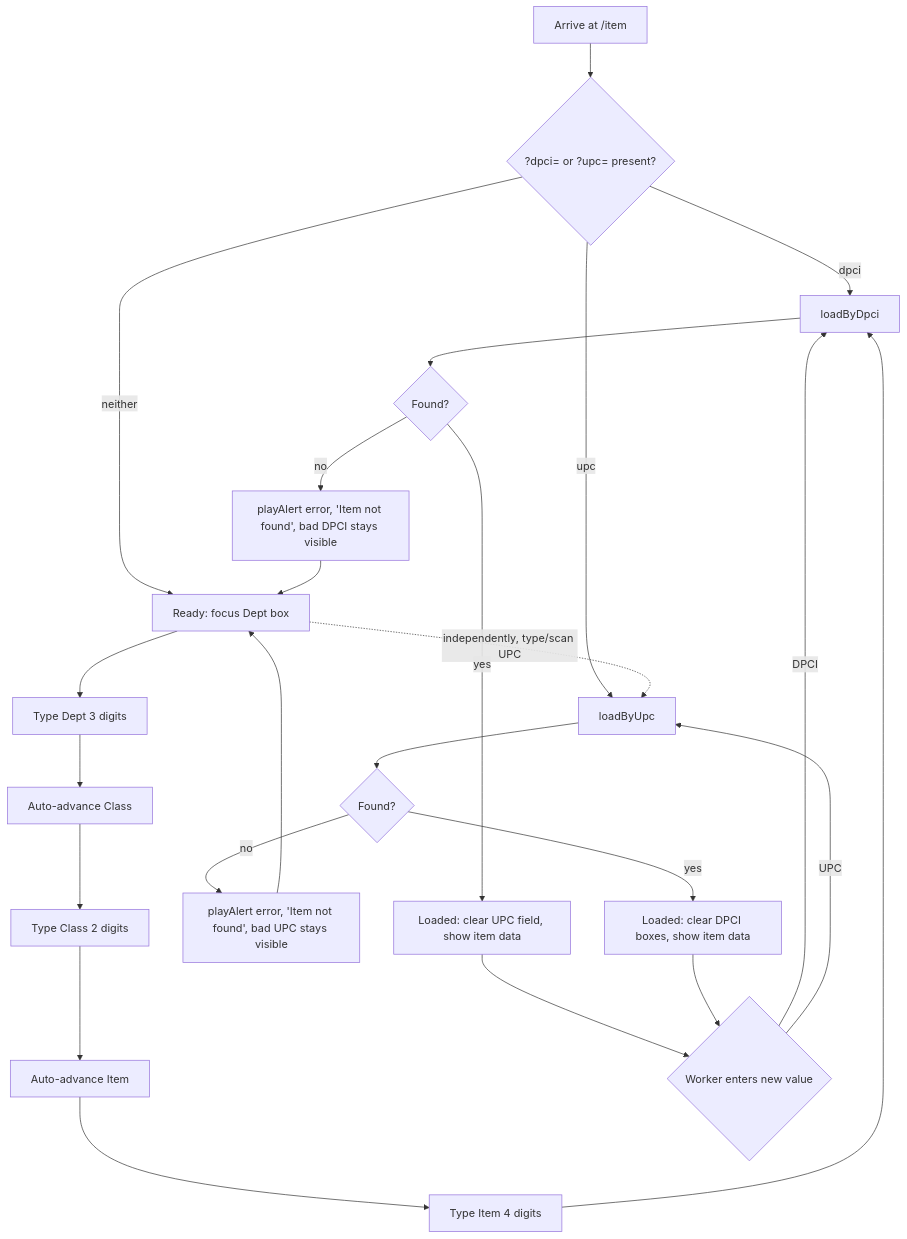
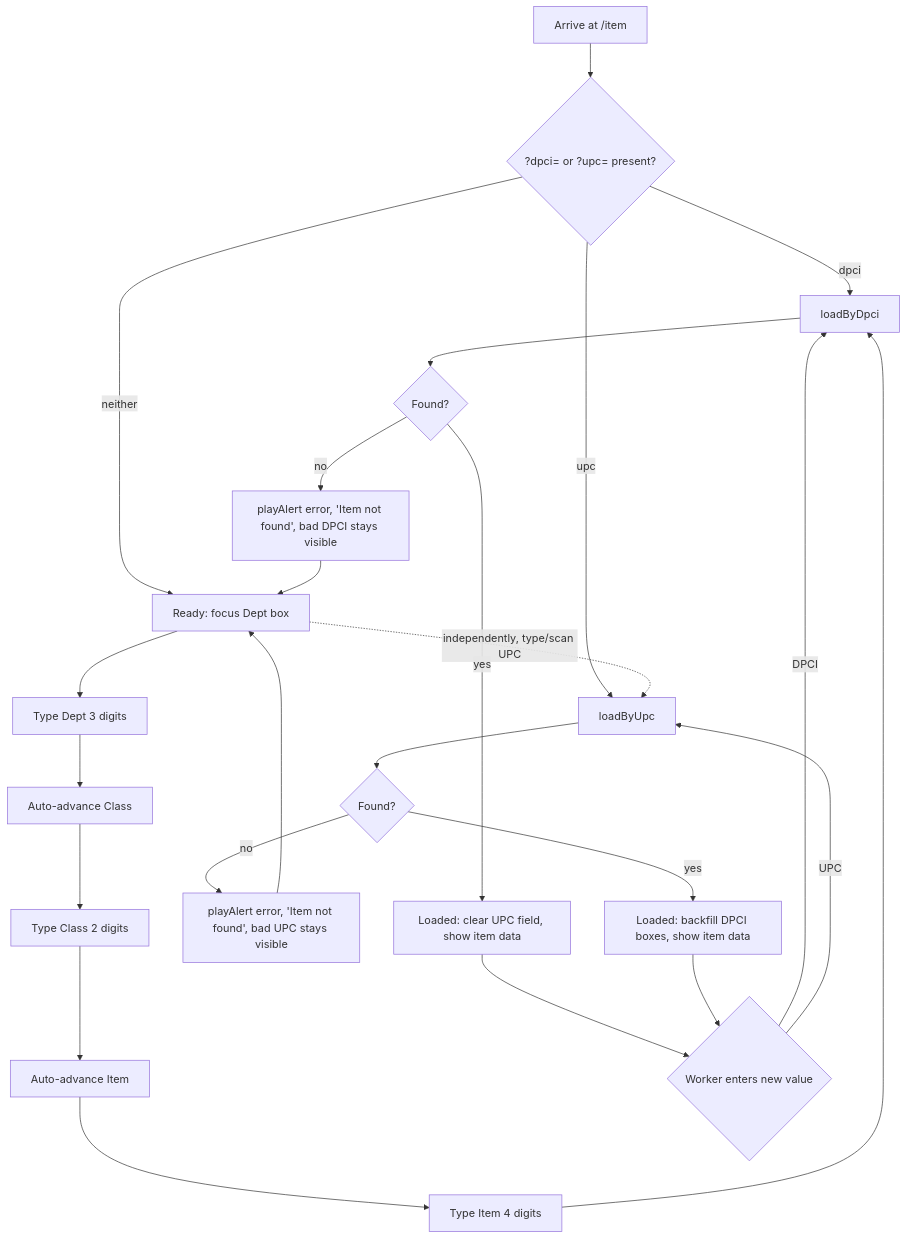
Before and after one commit to BobbyJoeCool/PalletIQ: the diagram in Documentation/ScreenSpecs/IID.md, drawn with Mermaid. The commit also changed other lines of this file and 88 other files, not shown here.

````diff
--- a/Documentation/ScreenSpecs/IID.md
+++ b/Documentation/ScreenSpecs/IID.md
@@ -86,23 +86,23 @@
 ```mermaid
 flowchart TD
     A[Arrive at /item] --> B{?dpci= or ?upc= present?}
     B -- dpci --> D1[loadByDpci]
     B -- upc --> D2[loadByUpc]
     B -- neither --> C[Ready: focus Dept box]
     C --> S1[Type Dept 3 digits] --> S2[Auto-advance Class]
     S2 --> S3[Type Class 2 digits] --> S4[Auto-advance Item]
     S4 --> S5[Type Item 4 digits] --> D1
     C -.independently, type/scan UPC.-> D2
     D1 --> E1{Found?}
     D2 --> E2{Found?}
     E1 -- no --> F1[playAlert error, 'Item not found', bad DPCI stays visible]
     E2 -- no --> F2[playAlert error, 'Item not found', bad UPC stays visible]
     F1 --> C
     F2 --> C
     E1 -- yes --> G[Loaded: clear UPC field, show item data]
-    E2 -- yes --> H[Loaded: clear DPCI boxes, show item data]
+    E2 -- yes --> H[Loaded: backfill DPCI boxes, show item data]
     G --> I{Worker enters new value}
     H --> I
     I -- DPCI --> D1
     I -- UPC --> D2
 ```
````
